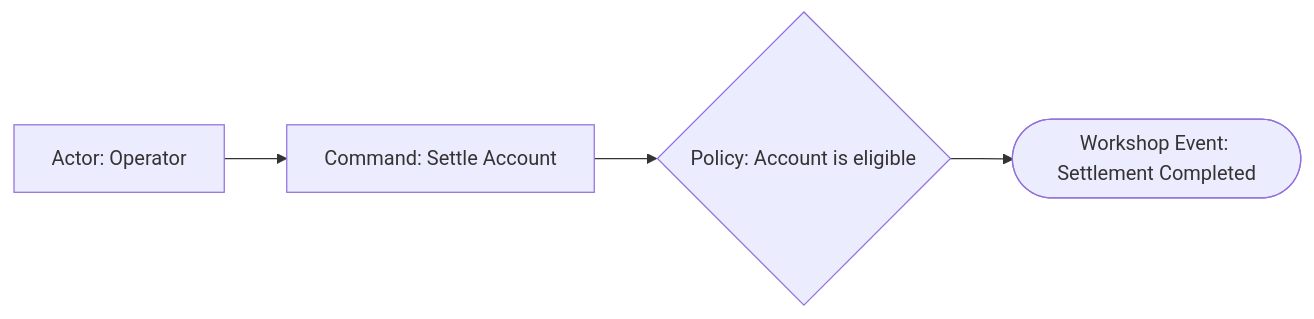
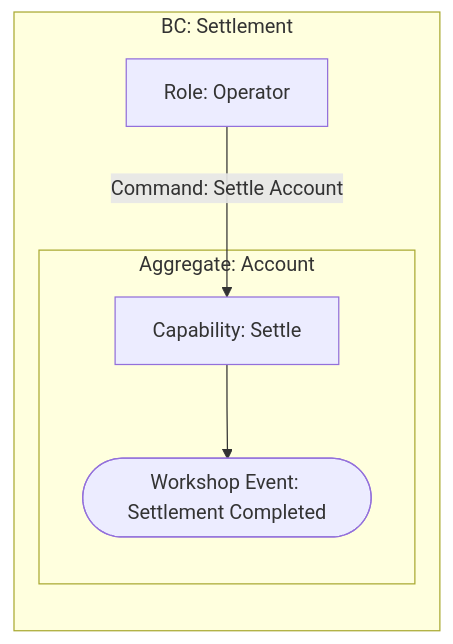
One commit to jacexh/skill-workshop changed the diagram in evals/ddd-expert/cases/guard-tactical-design-claim-drift/workspace/docs/ddd-expert/event-storming/settle-account.md. Above: the diagram before and after it, drawn with Mermaid. The commit also changed other lines of this file and 33 other files, not shown here.

````diff
--- a/evals/ddd-expert/cases/guard-tactical-design-claim-drift/workspace/docs/ddd-expert/event-storming/settle-account.md
+++ b/evals/ddd-expert/cases/guard-tactical-design-claim-drift/workspace/docs/ddd-expert/event-storming/settle-account.md
@@ -13,6 +13,11 @@
 ```mermaid
 flowchart LR
-    actor["Actor: Operator"] --> command["Command: Settle Account"]
-    command --> policy{"Policy: Account is eligible"}
-    policy --> event(["Workshop Event: Settlement Completed"])
+    subgraph settlement["BC: Settlement"]
+        role["Role: Operator"]
+        subgraph account["Aggregate: Account"]
+            capability["Capability: Settle"]
+            event(["Workshop Event: Settlement Completed"])
+        end
+        role -- "Command: Settle Account" --> capability --> event
+    end
 ```
````
